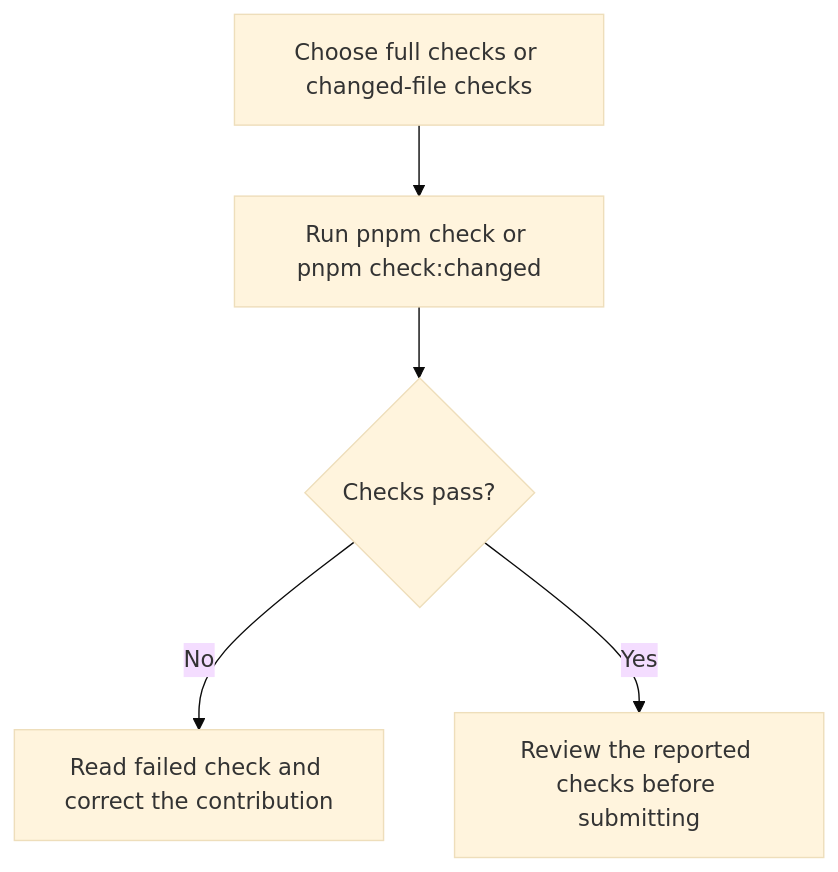
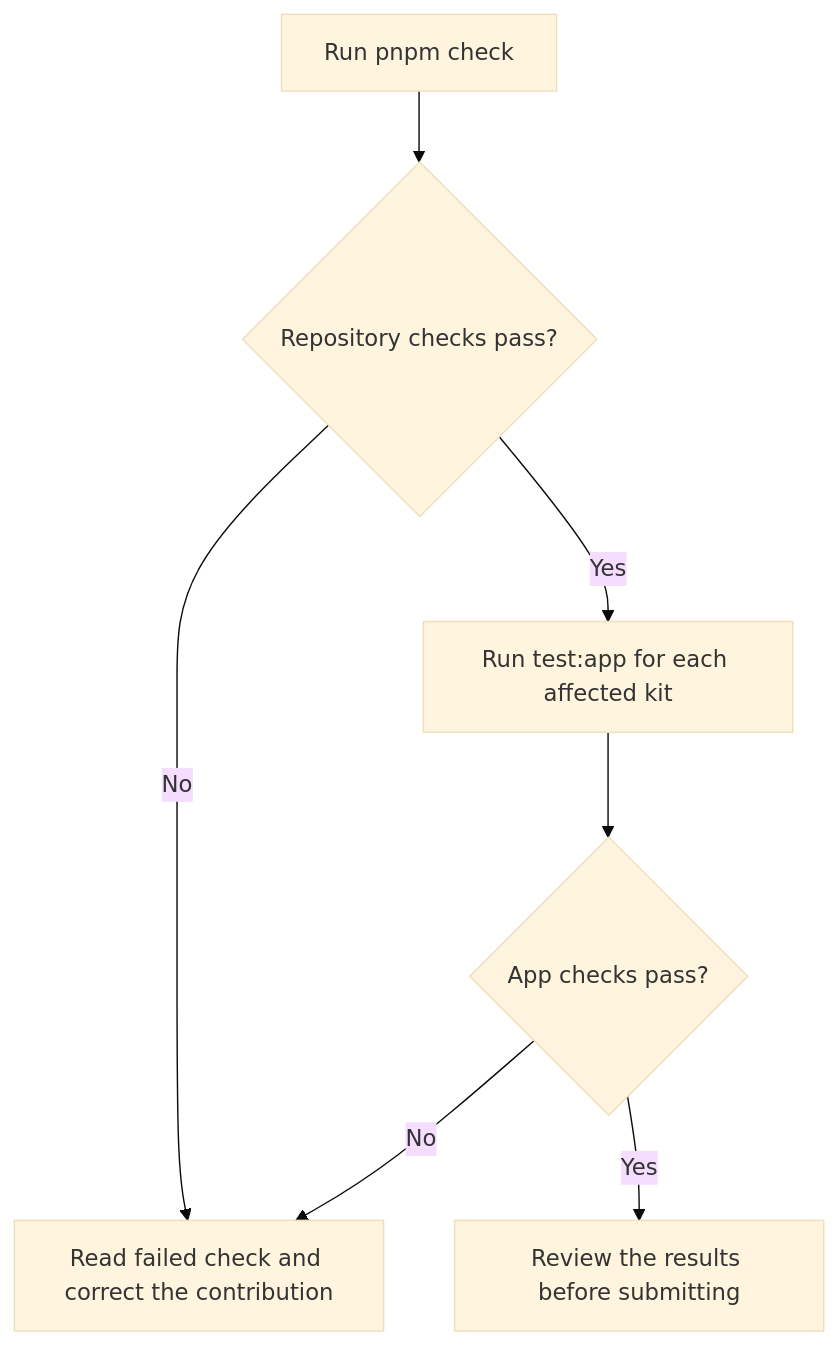
Before and after one commit to Kevinjohn/oss-adonisjs-starter-examples: the first of 2 diagrams in user-stories/operations/us-ops-08-validate-contribution.md, drawn with Mermaid (base theme). The commit also changed other lines of this file and 154 other files, not shown here.

````diff
--- a/user-stories/operations/us-ops-08-validate-contribution.md
+++ b/user-stories/operations/us-ops-08-validate-contribution.md
@@ -20,7 +20,9 @@
 ```mermaid
 flowchart TD
-    A["Choose full checks or changed-file checks"] --> B["Run pnpm check or pnpm check:changed"]
-    B --> C{"Checks pass?"}
-    C -->|No| D["Read failed check and correct the contribution"]
-    C -->|Yes| E["Review the reported checks before submitting"]
+    A["Run pnpm check"] --> B{"Repository checks pass?"}
+    B -->|No| C["Read failed check and correct the contribution"]
+    B -->|Yes| D["Run test:app for each affected kit"]
+    D --> E{"App checks pass?"}
+    E -->|No| C
+    E -->|Yes| F["Review the results before submitting"]
 ```
````
